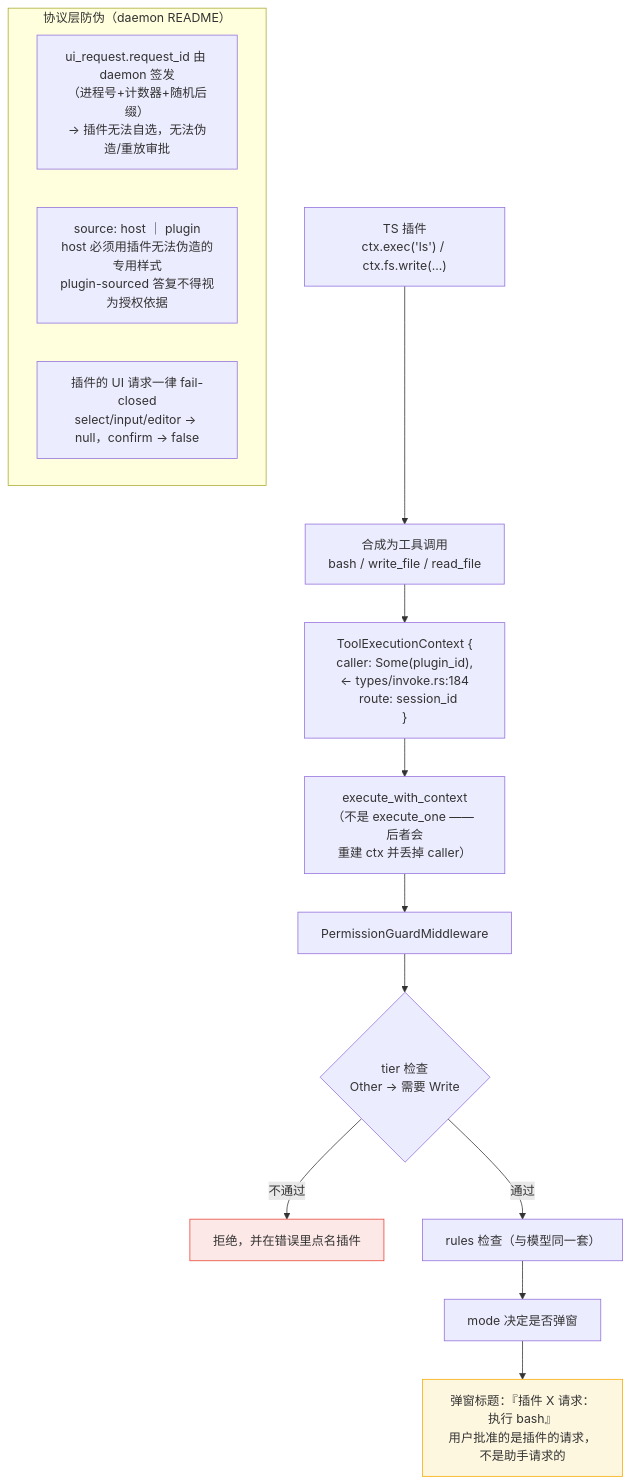
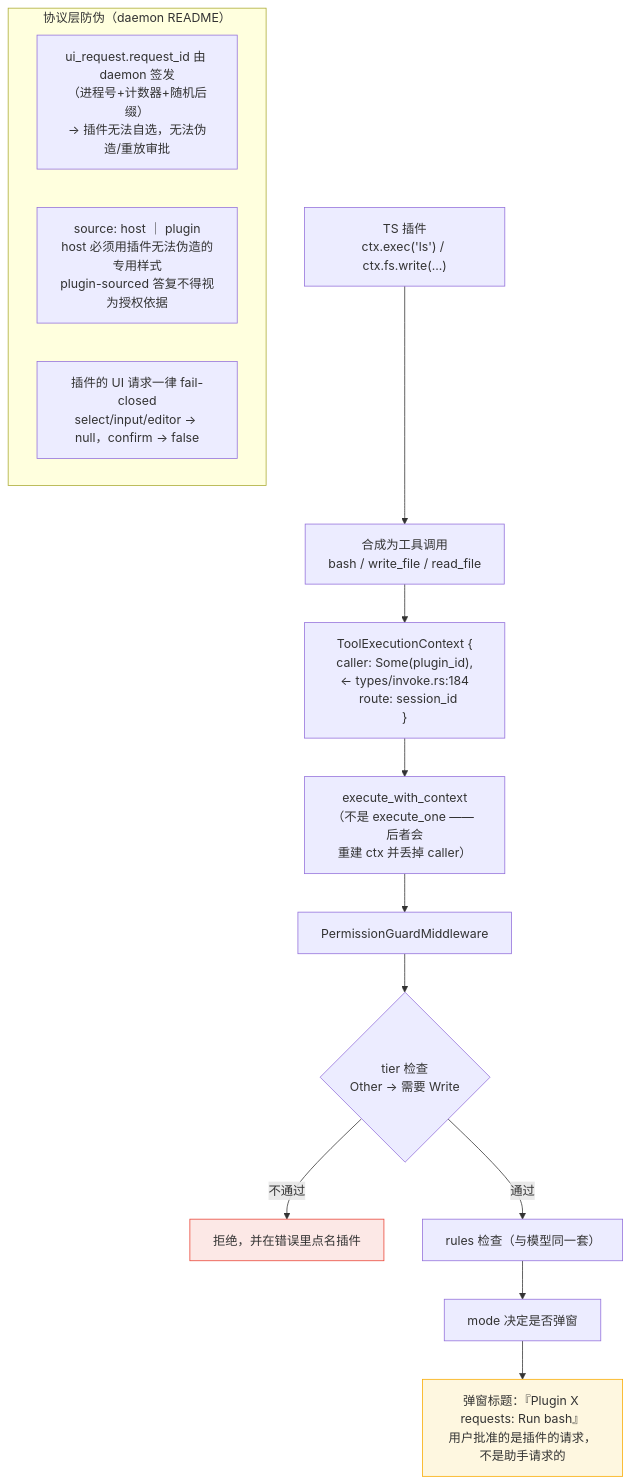
Before and after one commit to lucacicii/thunder: the sixth of 7 diagrams in docs/permission-structure.md, drawn with Mermaid. The commit also changed other lines of this file and 17 other files, not shown here.

````diff
--- a/docs/permission-structure.md
+++ b/docs/permission-structure.md
@@ -247,21 +247,21 @@
 ```mermaid
 flowchart TB
     P["TS 插件<br/>ctx.exec('ls') / ctx.fs.write(...)"] --> SYN["合成为工具调用<br/>bash / write_file / read_file"]
     SYN --> CTX["ToolExecutionContext {<br/>  caller: Some(plugin_id),  ← types/invoke.rs:184<br/>  route: session_id<br/>}"]
     CTX --> PIPE["execute_with_context<br/>（不是 execute_one —— 后者会<br/>重建 ctx 并丢掉 caller）"]
     PIPE --> G1["PermissionGuardMiddleware"]
     G1 --> D{"tier 检查<br/>Other → 需要 Write"}
     D -->|不通过| E1["拒绝，并在错误里点名插件"]
     D -->|通过| D2["rules 检查（与模型同一套）"]
     D2 --> D3["mode 决定是否弹窗"]
-    D3 --> DLG["弹窗标题：『插件 X 请求：执行 bash』<br/>用户批准的是插件的请求，<br/>不是助手请求的"]
+    D3 --> DLG["弹窗标题：『Plugin X requests: Run bash』<br/>用户批准的是插件的请求，<br/>不是助手请求的"]
 
     subgraph SEC["协议层防伪（daemon README）"]
         S1["ui_request.request_id 由 daemon 签发<br/>（进程号+计数器+随机后缀）<br/>→ 插件无法自选，无法伪造/重放审批"]
         S2["source: host ｜ plugin<br/>host 必须用插件无法伪造的专用样式<br/>plugin-sourced 答复不得视为授权依据"]
         S3["插件的 UI 请求一律 fail-closed<br/>select/input/editor → null，confirm → false"]
     end
 
     style E1 fill:#fce8e6,stroke:#ea4335
     style DLG fill:#fef7e0,stroke:#f9ab00
 ```
````
